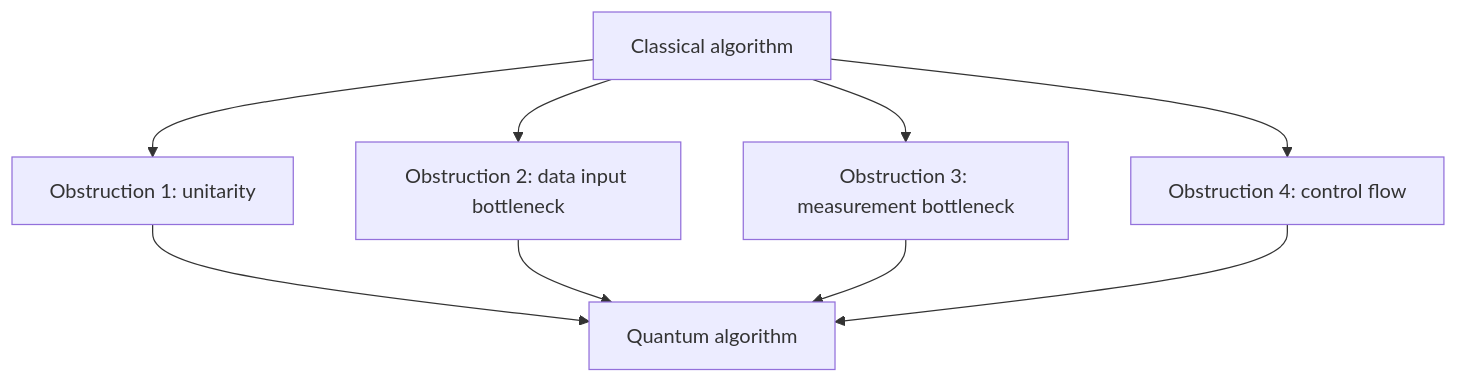
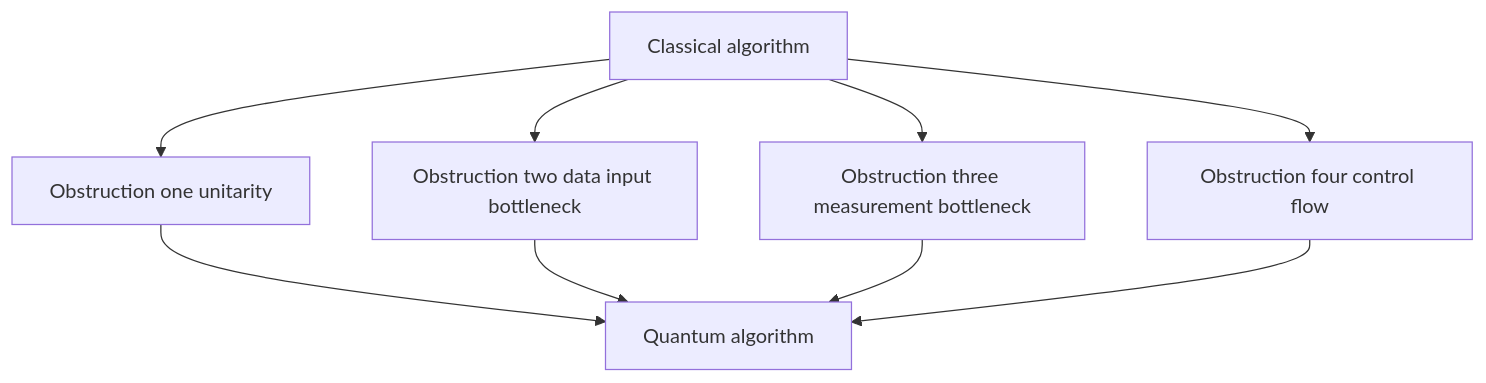
Before and after one commit to dimitarpg13/semantic_simulation: the first of 3 diagrams in docs/quantum_fock-parflm/Turning_the_Fock_Mechanism_into_a_Quantum_Algorithm.md, drawn with Mermaid. The commit also changed other lines of this file, not shown here.

````diff
--- a/docs/quantum_fock-parflm/Turning_the_Fock_Mechanism_into_a_Quantum_Algorithm.md
+++ b/docs/quantum_fock-parflm/Turning_the_Fock_Mechanism_into_a_Quantum_Algorithm.md
@@ -219,18 +219,18 @@
 ```mermaid
 flowchart TB
-    CL["Classical algorithm"]
-    O1["Obstruction 1: unitarity"]
-    O2["Obstruction 2: data input bottleneck"]
-    O3["Obstruction 3: measurement bottleneck"]
-    O4["Obstruction 4: control flow"]
-    QA["Quantum algorithm"]
+    Classical[Classical algorithm]
+    Unitarity[Obstruction one unitarity]
+    DataInput[Obstruction two data input bottleneck]
+    Measurement[Obstruction three measurement bottleneck]
+    ControlFlow[Obstruction four control flow]
+    Quantum[Quantum algorithm]
 
-    CL --> O1
-    CL --> O2
-    CL --> O3
-    CL --> O4
-    O1 --> QA
-    O2 --> QA
-    O3 --> QA
-    O4 --> QA
+    Classical --> Unitarity
+    Classical --> DataInput
+    Classical --> Measurement
+    Classical --> ControlFlow
+    Unitarity --> Quantum
+    DataInput --> Quantum
+    Measurement --> Quantum
+    ControlFlow --> Quantum
 ```
````
